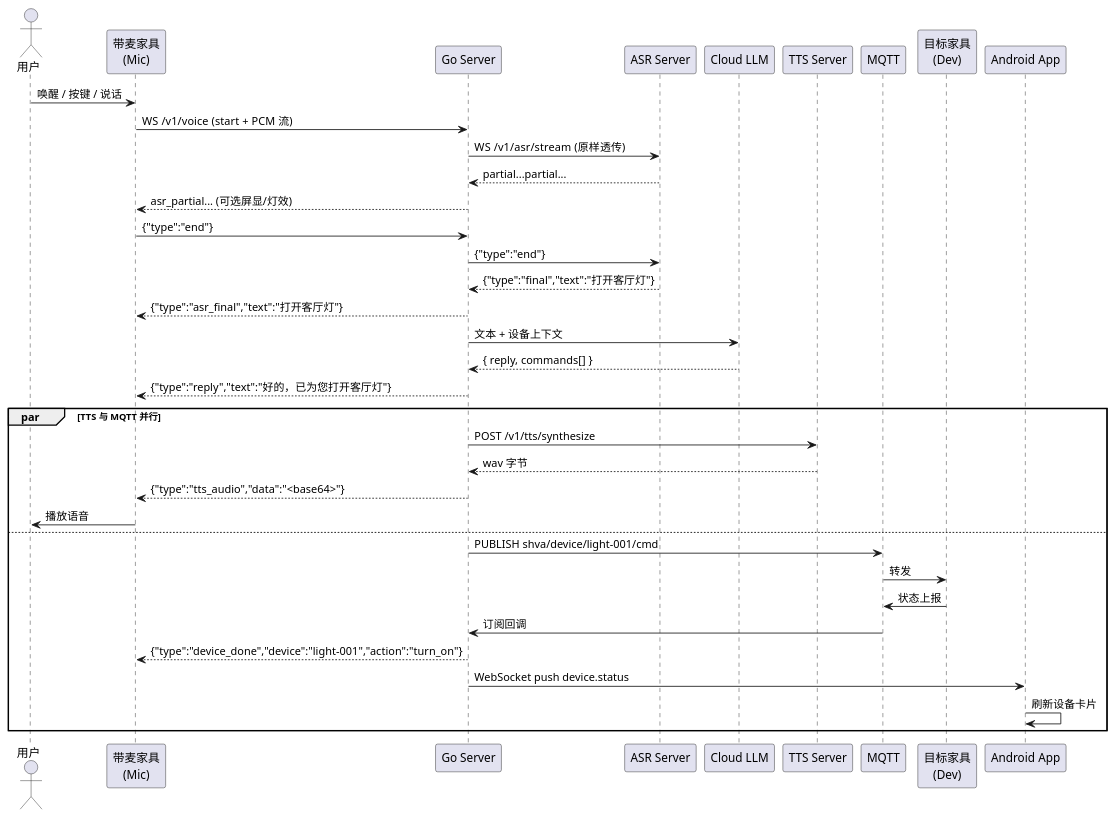
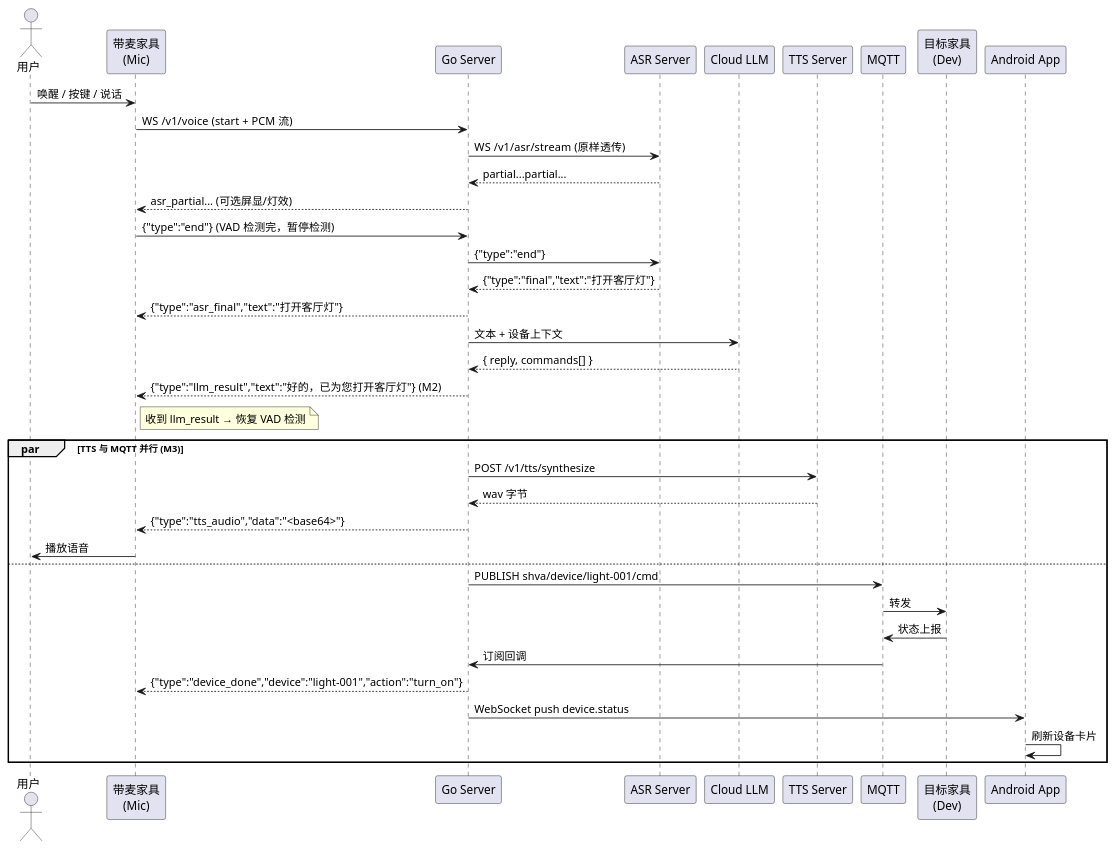
The fifth of 6 diagrams in docs/03-软件设计文档.md (Yoruko666/Taffy-Assistant), drawn with PlantUML before and after one commit. The commit also changed other lines of this file and 3 other files, not shown here.

````diff
--- a/docs/03-软件设计文档.md
+++ b/docs/03-软件设计文档.md
@@ -494,40 +505,41 @@
 ```plantuml
 @startuml
 actor 用户
 participant "带麦家具\n(Mic)"   as Mic
 participant "Go Server"         as Srv
 participant "ASR Server"        as ASR
 participant "Cloud LLM"         as Cloud
 participant "TTS Server"        as TTS
 participant MQTT                as MQ
 participant "目标家具\n(Dev)"   as Dev
 participant "Android App"       as App
 
 用户 -> Mic : 唤醒 / 按键 / 说话
 Mic  -> Srv : WS /v1/voice  (start + PCM 流)
 Srv  -> ASR : WS /v1/asr/stream  (原样透传)
 ASR --> Srv : partial...partial...
 Srv --> Mic : asr_partial... (可选屏显/灯效)
-Mic  -> Srv : {"type":"end"}
+Mic  -> Srv : {"type":"end"} (VAD 检测完，暂停检测)
 Srv  -> ASR : {"type":"end"}
 ASR --> Srv : {"type":"final","text":"打开客厅灯"}
 Srv --> Mic : {"type":"asr_final","text":"打开客厅灯"}
 Srv  -> Cloud : 文本 + 设备上下文
 Cloud --> Srv : { reply, commands[] }
-Srv --> Mic : {"type":"reply","text":"好的，已为您打开客厅灯"}
-par TTS 与 MQTT 并行
+Srv --> Mic : {"type":"llm_result","text":"好的，已为您打开客厅灯"} (M2)
+note right of Mic : 收到 llm_result → 恢复 VAD 检测
+par TTS 与 MQTT 并行 (M3)
   Srv -> TTS : POST /v1/tts/synthesize
   TTS --> Srv : wav 字节
   Srv --> Mic : {"type":"tts_audio","data":"<base64>"}
   Mic -> 用户 : 播放语音
 else
   Srv -> MQ  : PUBLISH shva/device/light-001/cmd
   MQ  -> Dev : 转发
   Dev -> MQ  : 状态上报
   MQ  -> Srv : 订阅回调
   Srv --> Mic : {"type":"device_done","device":"light-001","action":"turn_on"}
   Srv -> App : WebSocket push device.status
   App -> App : 刷新设备卡片
 end
 @enduml
 ```
````
